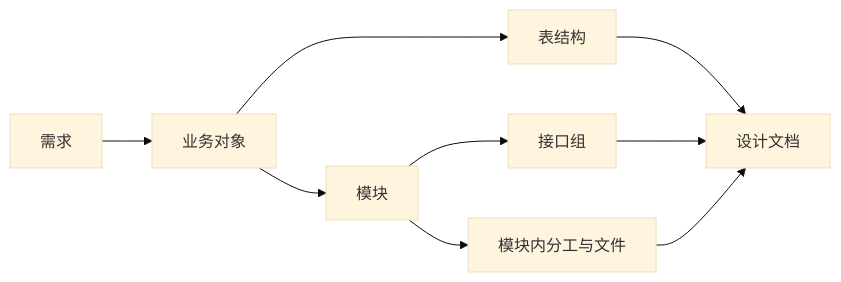
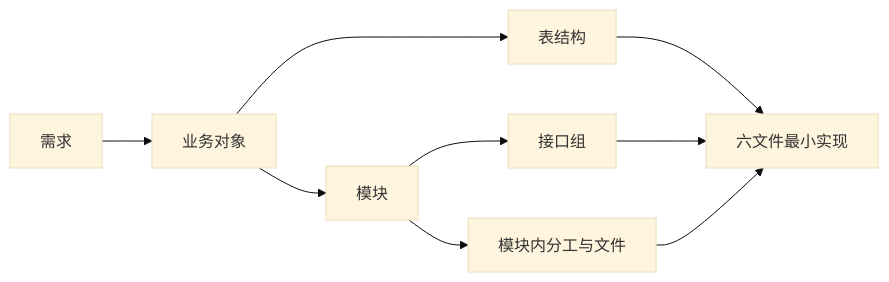
The first of 2 diagrams in 软件工程实践-2.0/04-软件设计与建模.md (PrinZzzzjn/software-engineering-textbook), drawn with Mermaid (base theme) before and after one commit. The commit also changed other lines of this file and 64 other files, not shown here.

````diff
--- a/软件工程实践-2.0/04-软件设计与建模.md
+++ b/软件工程实践-2.0/04-软件设计与建模.md
@@ -41,11 +41,11 @@
 ```mermaid
 flowchart LR
     R[需求] --> O[业务对象]
     O --> T[表结构]
     O --> M[模块]
     M --> I[接口组]
     M --> L[模块内分工与文件]
-    T --> D[设计文档]
+    T --> D[六文件最小实现]
     I --> D
     L --> D
 ```
````
